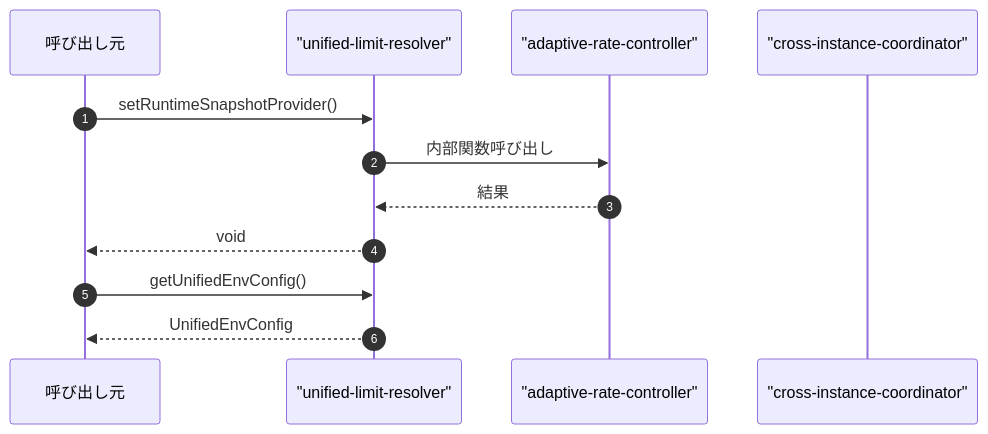
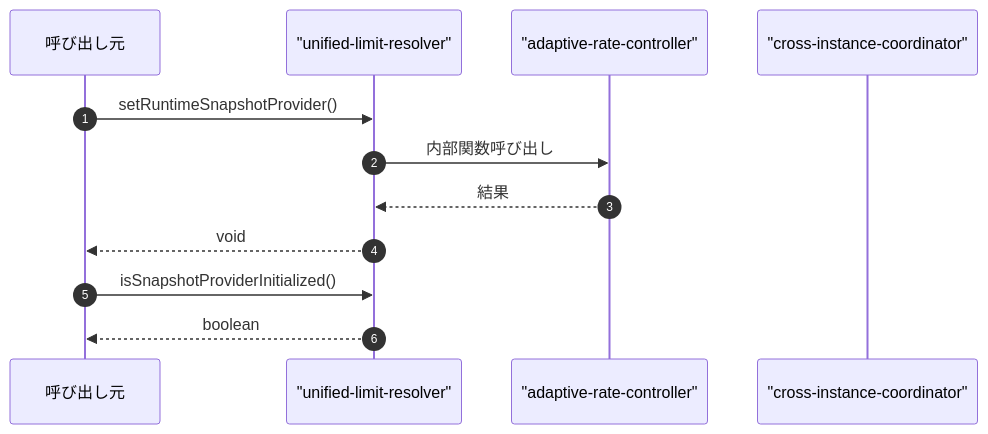
The fourth of 4 diagrams in ABDD/.pi/lib/unified-limit-resolver.md (Mekann2904/mekann), drawn with Mermaid before and after one commit. The commit also changed other lines of this file and 136 other files, not shown here.

````diff
--- a/ABDD/.pi/lib/unified-limit-resolver.md
+++ b/ABDD/.pi/lib/unified-limit-resolver.md
@@ -112,16 +110,16 @@
 ```mermaid
 sequenceDiagram
   autonumber
   participant Caller as 呼び出し元
   participant unified_limit_resolver as "unified-limit-resolver"
   participant adaptive_rate_controller as "adaptive-rate-controller"
   participant cross_instance_coordinator as "cross-instance-coordinator"
 
   Caller->>unified_limit_resolver: setRuntimeSnapshotProvider()
   unified_limit_resolver->>adaptive_rate_controller: 内部関数呼び出し
   adaptive_rate_controller-->>unified_limit_resolver: 結果
   unified_limit_resolver-->>Caller: void
 
-  Caller->>unified_limit_resolver: getUnifiedEnvConfig()
-  unified_limit_resolver-->>Caller: UnifiedEnvConfig
+  Caller->>unified_limit_resolver: isSnapshotProviderInitialized()
+  unified_limit_resolver-->>Caller: boolean
 ```
````
